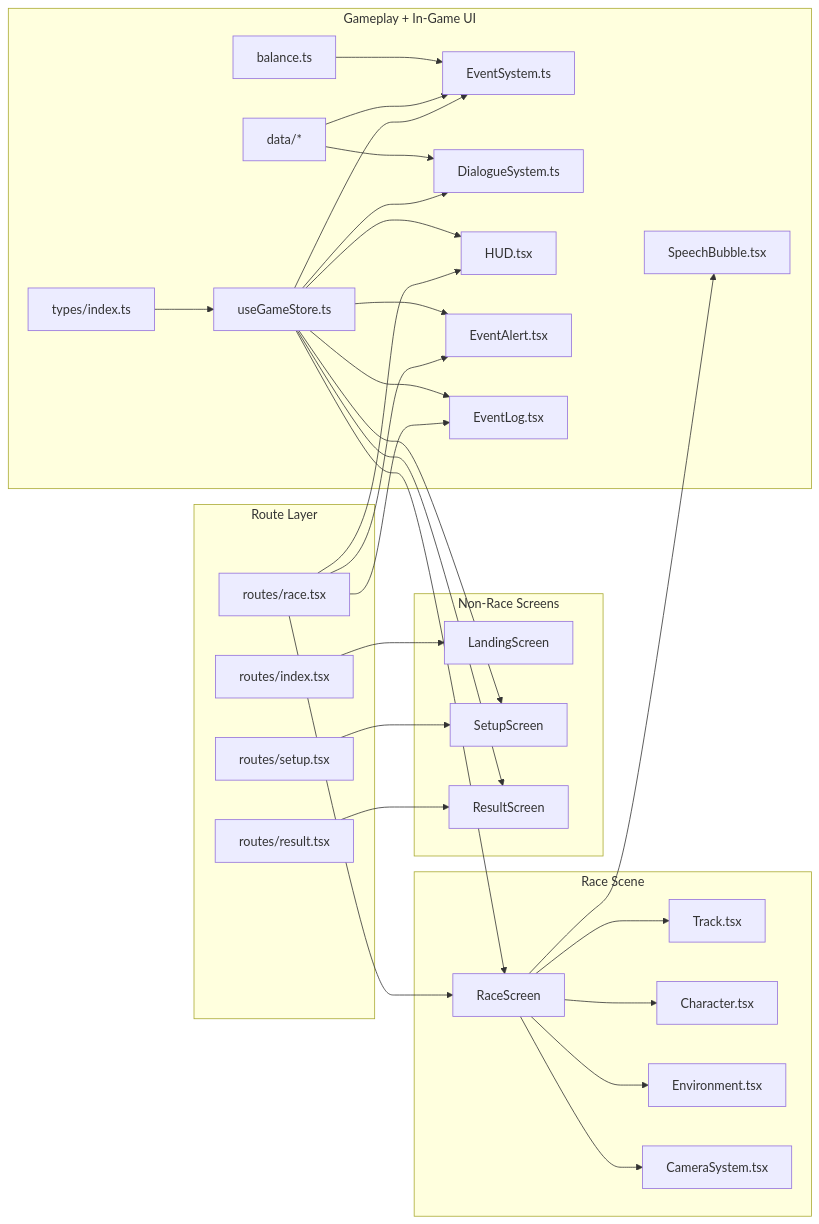
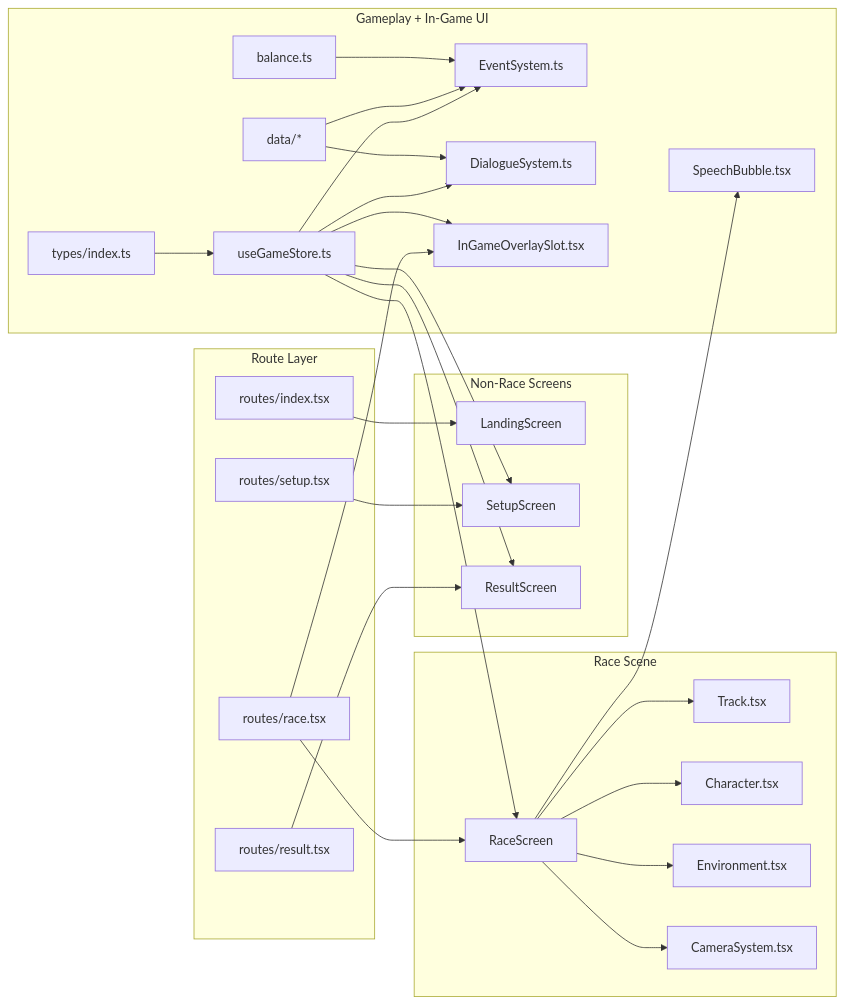
Before and after one commit to BBAK-jun/mountain-race-workspace: the fourth of 4 diagrams in docs/plans/README.md, drawn with Mermaid. The commit also changed other lines of this file and 5 other files, not shown here.

First line of the commit message:
docs(plans): sync plan docs with current overlay architecture

````diff
--- a/docs/plans/README.md
+++ b/docs/plans/README.md
@@ -135,64 +135,58 @@
 ```mermaid
 flowchart LR
     subgraph ROUTES ["Route Layer"]
         R0["routes/index.tsx"]
         R1["routes/setup.tsx"]
         R2["routes/race.tsx"]
         R3["routes/result.tsx"]
     end
 
     subgraph NONRACE ["Non-Race Screens"]
         S0["LandingScreen"]
         S1["SetupScreen"]
         S3["ResultScreen"]
     end
 
     subgraph GAMECORE ["Gameplay + In-Game UI"]
         T["types/index.ts"]
         ST["useGameStore.ts"]
         EV["EventSystem.ts"]
         DG["DialogueSystem.ts"]
         BL["balance.ts"]
         DT["data/*"]
-        HUD["HUD.tsx"]
-        EA["EventAlert.tsx"]
-        EL["EventLog.tsx"]
+        OV["InGameOverlaySlot.tsx"]
         SB["SpeechBubble.tsx"]
     end
 
     subgraph SCENE ["Race Scene"]
         S2["RaceScreen"]
         TR["Track.tsx"]
         CH["Character.tsx"]
         EN["Environment.tsx"]
         CM["CameraSystem.tsx"]
     end
 
     R0 --> S0
     R1 --> S1
     R3 --> S3
 
     T --> ST
     BL --> EV
     DT --> EV
     DT --> DG
     ST --> EV
     ST --> DG
 
     ST --> S1
     ST --> S3
     ST --> S2
-    ST --> HUD
-    ST --> EA
-    ST --> EL
+    ST --> OV
     S2 --> TR
     S2 --> CH
     S2 --> EN
     S2 --> CM
     S2 --> SB
 
     R2 --> S2
-    R2 --> HUD
-    R2 --> EA
-    R2 --> EL
+    R2 --> OV
 ```
````
